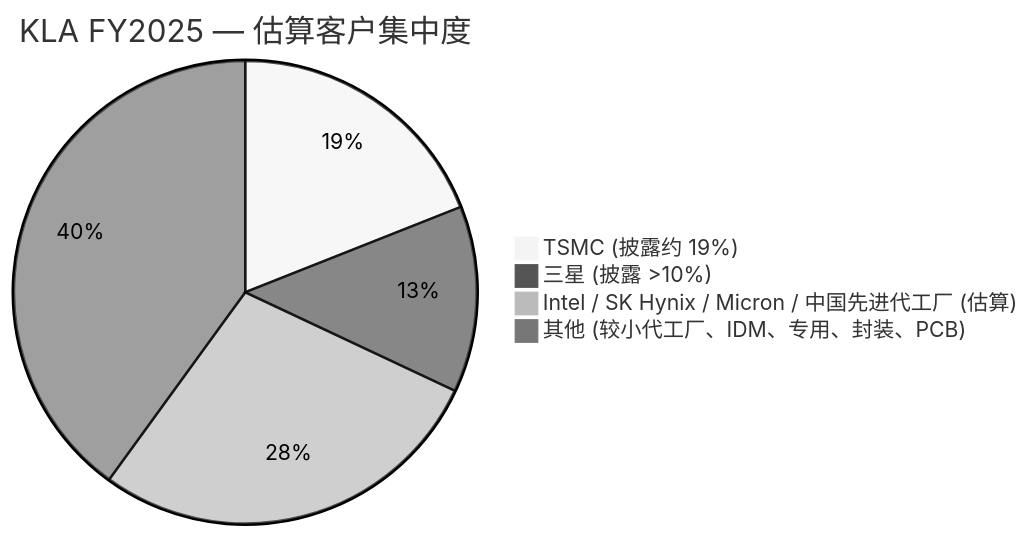
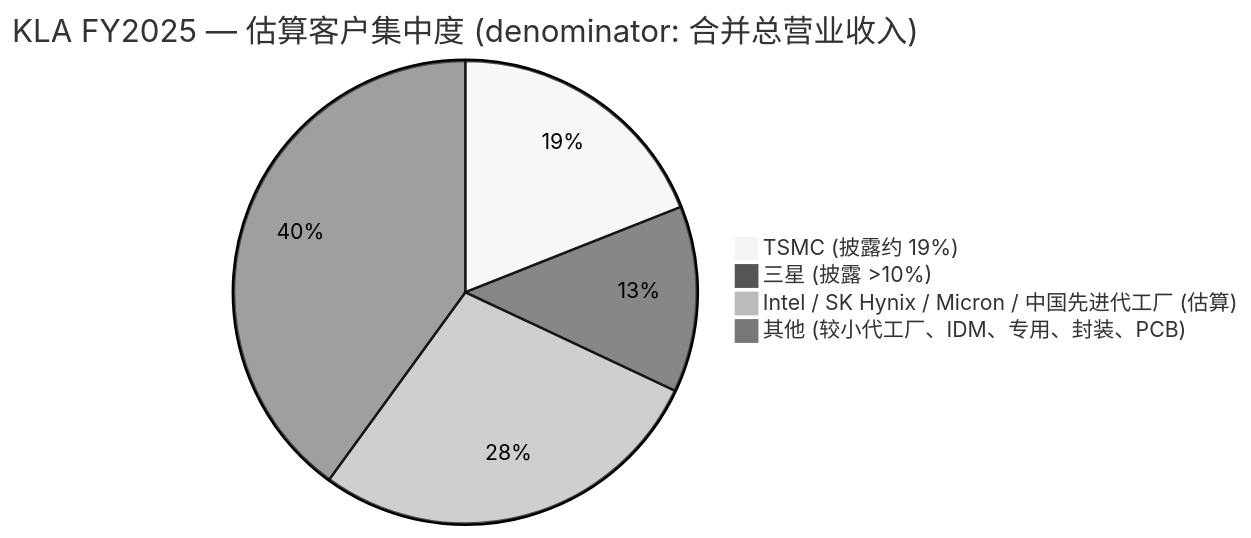
One commit to dadachundan/financial_agent changed the fourth of 6 diagrams in reports/company/KLA_NASDAQ_KLAC/KLA_NASDAQ_KLAC_公司研究.md. Above: the diagram before and after it, drawn with Mermaid (neutral theme). The commit also changed other lines of this file and 9 other files, not shown here.

Commit message:
feat(company-research): refresh KLA (KLAC) — decision layer + full chart suite (post 10:1 split)

````diff
--- a/reports/company/KLA_NASDAQ_KLAC/KLA_NASDAQ_KLAC_公司研究.md
+++ b/reports/company/KLA_NASDAQ_KLAC/KLA_NASDAQ_KLAC_公司研究.md
@@ -187,7 +754,7 @@
 ```mermaid
-pie title KLA FY2025 — 估算客户集中度
+pie title KLA FY2025 — 估算客户集中度 (denominator: 合并总营业收入)
     "TSMC (披露约 19%)" : 19
     "三星 (披露 >10%)" : 13
     "Intel / SK Hynix / Micron / 中国先进代工厂 (估算)" : 28
     "其他 (较小代工厂、IDM、专用、封装、PCB)" : 40
 ```
````
